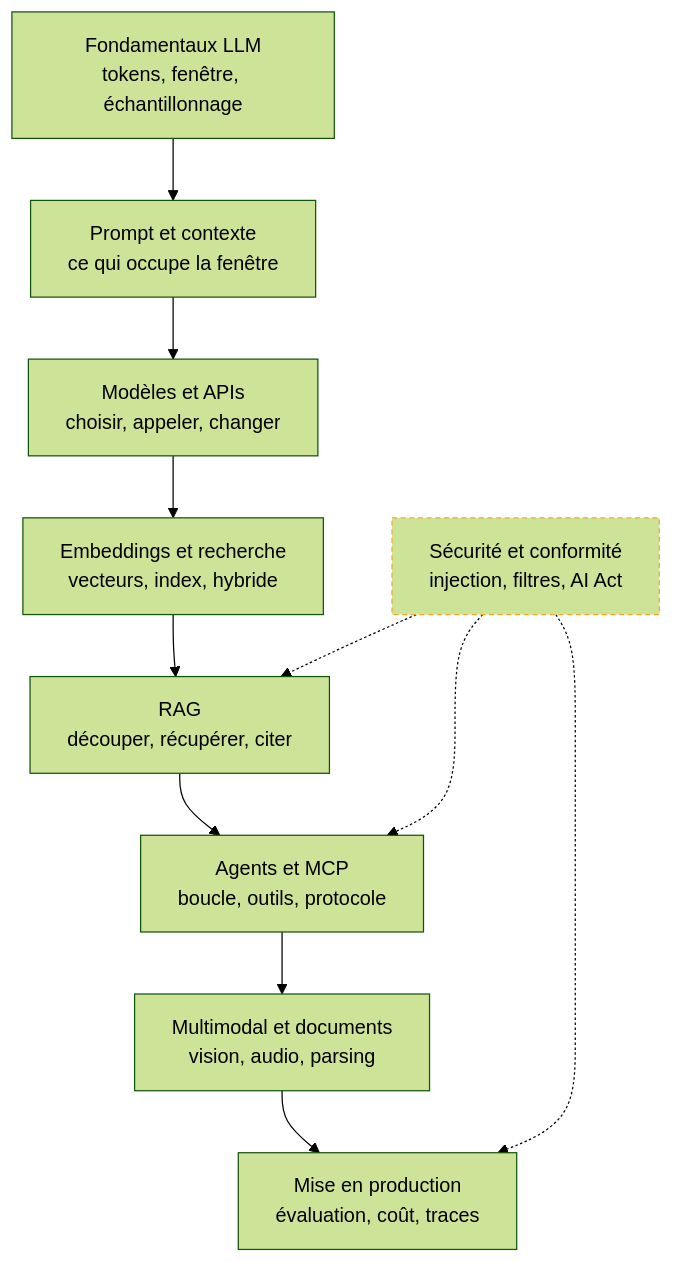
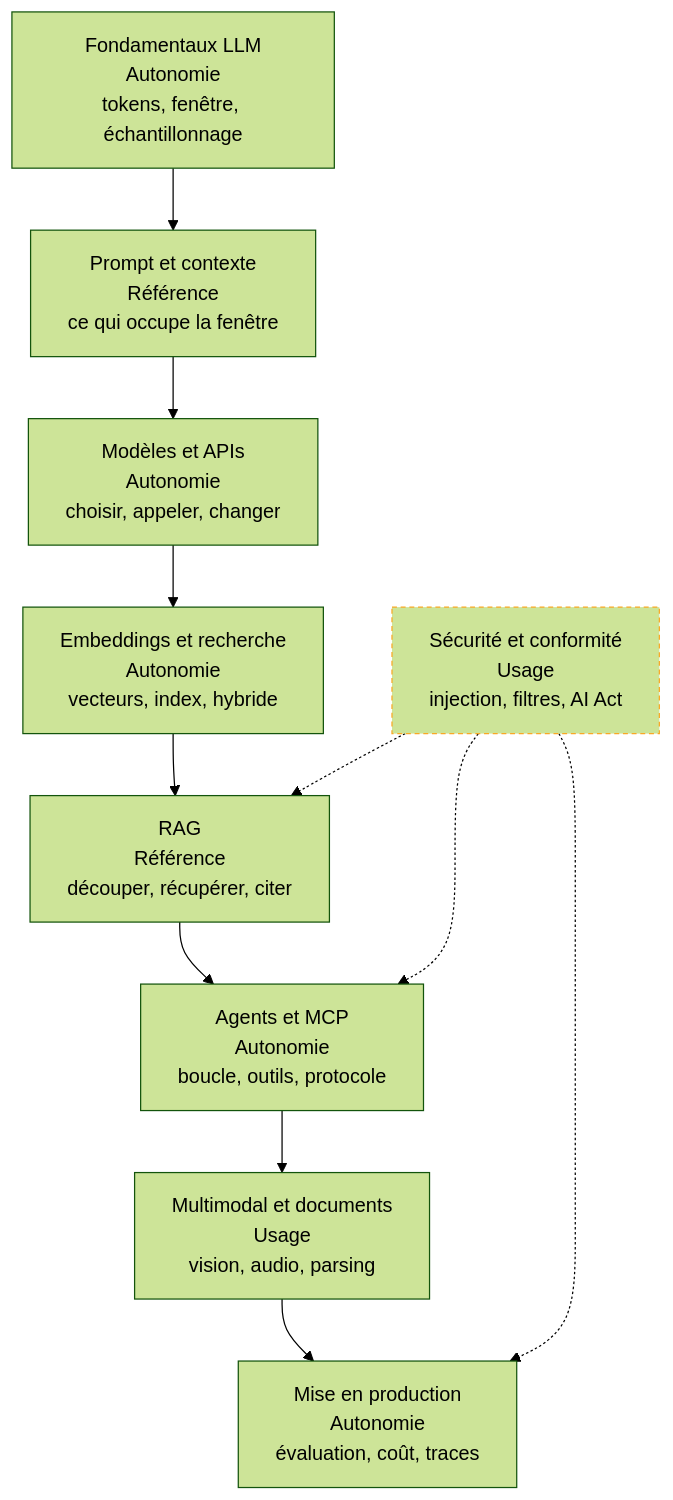
Before and after one commit to floSa/Atlas-Metiers-Roadmaps: the diagram in content/parcours/ai-engineer/index.md, drawn with Mermaid (forest theme). The commit also changed other lines of this file, not shown here.

Commit message:
AI Engineer : la carte porte le niveau attendu chez un confirmé

````diff
--- a/content/parcours/ai-engineer/index.md
+++ b/content/parcours/ai-engineer/index.md
@@ -15,26 +15,26 @@
 ```mermaid
 flowchart TD
-  F["Fondamentaux LLM<br/>tokens, fenêtre, échantillonnage"] --> P["Prompt et contexte<br/>ce qui occupe la fenêtre"]
-  P --> M["Modèles et APIs<br/>choisir, appeler, changer"]
-  M --> E["Embeddings et recherche<br/>vecteurs, index, hybride"]
-  E --> R["RAG<br/>découper, récupérer, citer"]
-  R --> A["Agents et MCP<br/>boucle, outils, protocole"]
-  A --> MU["Multimodal et documents<br/>vision, audio, parsing"]
-  MU --> PR["Mise en production<br/>évaluation, coût, traces"]
-  S["Sécurité et conformité<br/>injection, filtres, AI Act"] -.-> R
+  F["Fondamentaux LLM<br/>Autonomie<br/>tokens, fenêtre, échantillonnage"] --> P["Prompt et contexte<br/>Référence<br/>ce qui occupe la fenêtre"]
+  P --> M["Modèles et APIs<br/>Autonomie<br/>choisir, appeler, changer"]
+  M --> E["Embeddings et recherche<br/>Autonomie<br/>vecteurs, index, hybride"]
+  E --> R["RAG<br/>Référence<br/>découper, récupérer, citer"]
+  R --> A["Agents et MCP<br/>Autonomie<br/>boucle, outils, protocole"]
+  A --> MU["Multimodal et documents<br/>Usage<br/>vision, audio, parsing"]
+  MU --> PR["Mise en production<br/>Autonomie<br/>évaluation, coût, traces"]
+  S["Sécurité et conformité<br/>Usage<br/>injection, filtres, AI Act"] -.-> R
   S -.-> A
   S -.-> PR
 
   click F "/parcours/ai-engineer/fondamentaux-llm"
   click P "/parcours/ai-engineer/prompt-et-contexte"
   click M "/parcours/ai-engineer/modeles-et-apis"
   click E "/parcours/ai-engineer/embeddings-et-recherche"
   click R "/parcours/ai-engineer/rag"
   click A "/parcours/ai-engineer/agents-et-mcp"
   click MU "/parcours/ai-engineer/multimodal-et-documents"
   click PR "/parcours/ai-engineer/mise-en-production"
   click S "/parcours/ai-engineer/securite-et-conformite"
 
   classDef transverse stroke:#f9a825,stroke-width:1px,stroke-dasharray:4 3
   class S transverse
 ```
````
